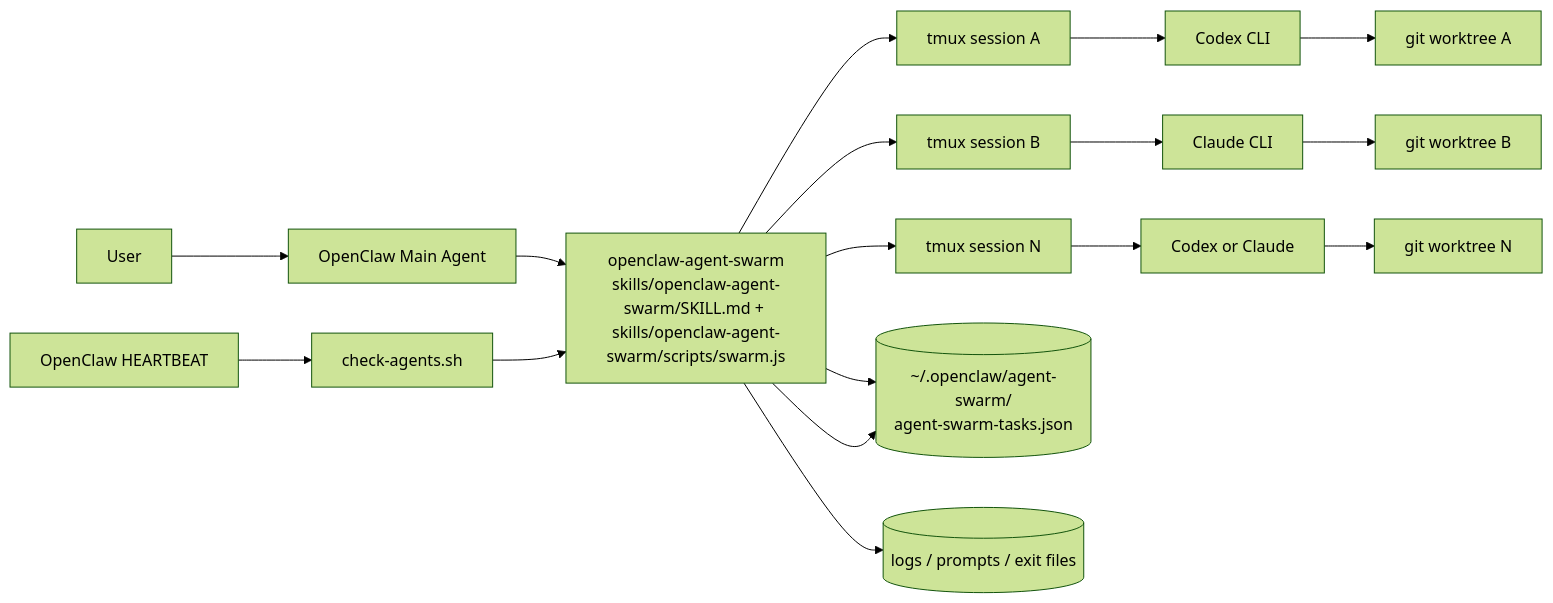
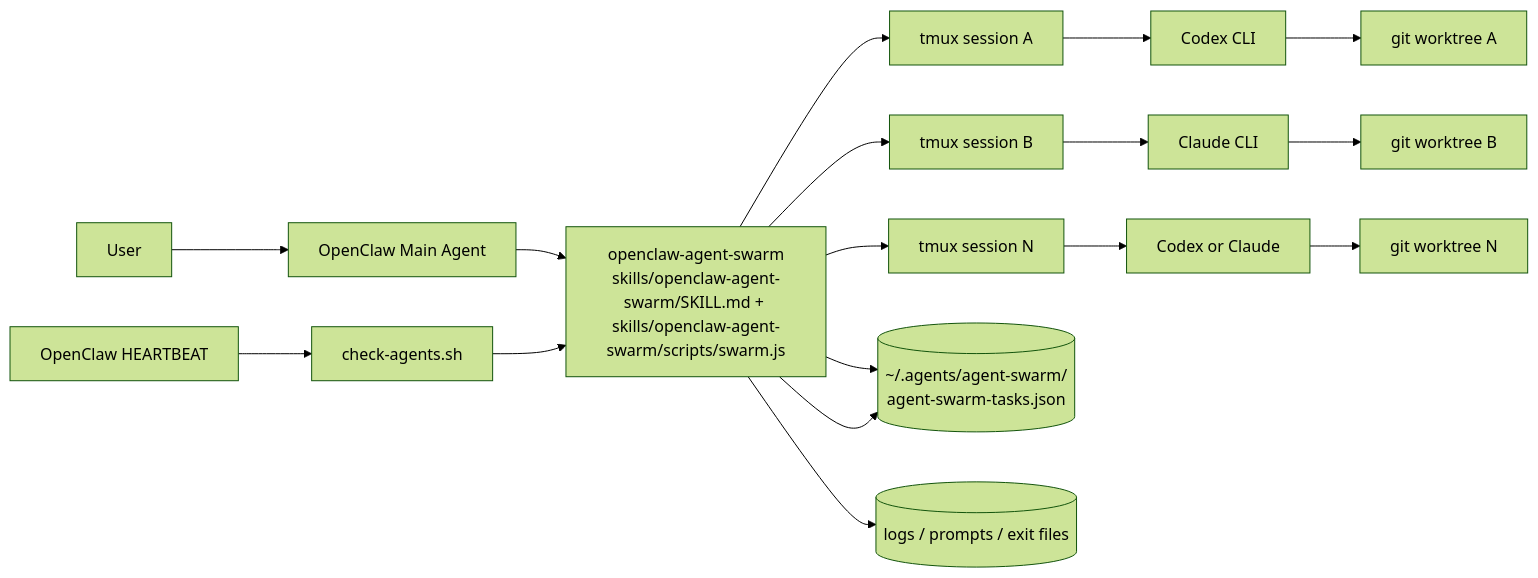
The first of 2 diagrams in README.md (youzaiAGI/openclaw-agent-swarm-skills), drawn with Mermaid (forest theme) before and after one commit. The commit also changed other lines of this file and 6 other files, not shown here.

````diff
--- a/README.md
+++ b/README.md
@@ -34,24 +34,24 @@
 ```mermaid
 flowchart LR
     U[User] --> OC[OpenClaw Main Agent]
     OC --> S[openclaw-agent-swarm\nskills/openclaw-agent-swarm/SKILL.md + skills/openclaw-agent-swarm/scripts/swarm.js]
 
     S --> T1[tmux session A]
     S --> T2[tmux session B]
     S --> T3[tmux session N]
 
     T1 --> C1[Codex CLI]
     T2 --> C2[Claude CLI]
     T3 --> C3[Codex or Claude]
 
     C1 --> W1[git worktree A]
     C2 --> W2[git worktree B]
     C3 --> W3[git worktree N]
 
-    S --> R[(~/.openclaw/agent-swarm/\nagent-swarm-tasks.json)]
+    S --> R[(~/.agents/agent-swarm/\nagent-swarm-tasks.json)]
     S --> L[(logs / prompts / exit files)]
 
     HB[OpenClaw HEARTBEAT] --> CK[check-agents.sh]
     CK --> S
     S --> R
 ```
````
